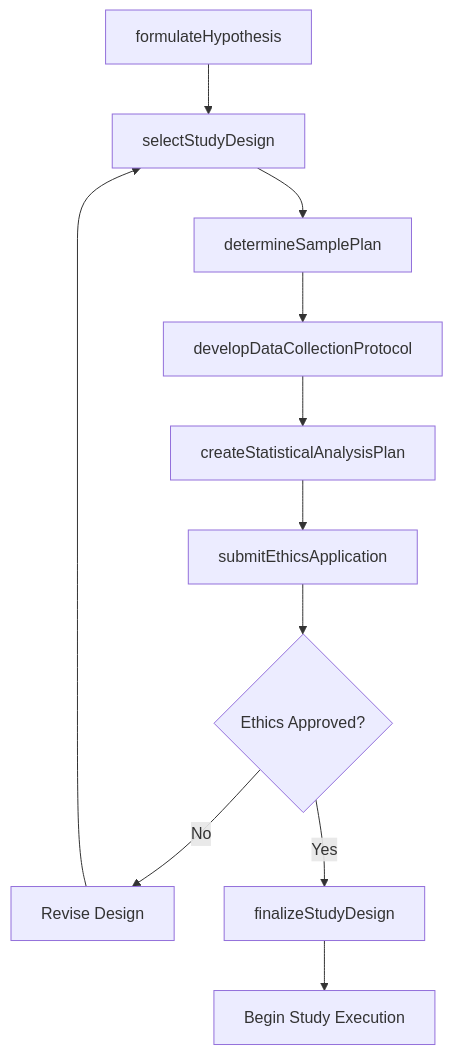
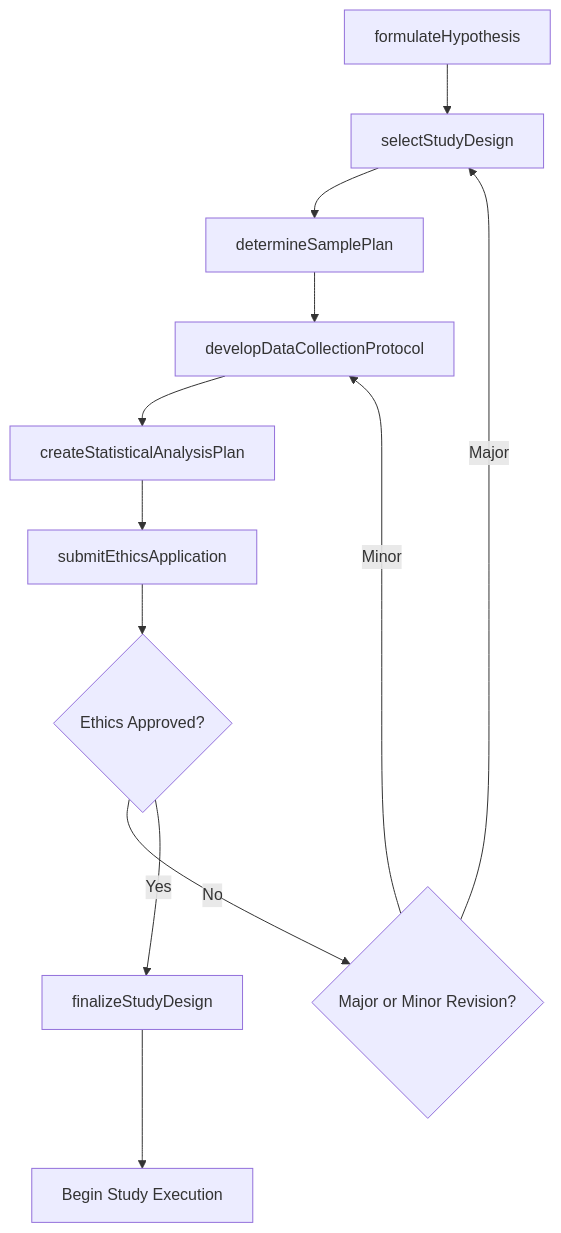
The third of 4 diagrams in ThinkingCreatively/DevelopResearchPlansOrMethodologies/DesignResearchStudiesObtainScientific.mdx (dot-org-ai/tasks.org.ai), drawn with Mermaid before and after one commit. The commit also changed other lines of this file and 504 other files, not shown here.

First line of the commit message:
feat: Add ER diagrams, state diagrams, and workflow improvements to 96 DWA task files

````diff
--- a/ThinkingCreatively/DevelopResearchPlansOrMethodologies/DesignResearchStudiesObtainScientific.mdx
+++ b/ThinkingCreatively/DevelopResearchPlansOrMethodologies/DesignResearchStudiesObtainScientific.mdx
@@ -88,13 +117,14 @@
 ```mermaid
 graph TD
     A[formulateHypothesis] --> B[selectStudyDesign]
     B --> C[determineSamplePlan]
     C --> D[developDataCollectionProtocol]
     D --> E[createStatisticalAnalysisPlan]
     E --> F[submitEthicsApplication]
     F --> G{Ethics Approved?}
-    G -->|No| H[Revise Design]
-    H --> B
+    G -->|No| H{Major or Minor Revision?}
+    H -->|Major| B
+    H -->|Minor| D
     G -->|Yes| I[finalizeStudyDesign]
     I --> J[Begin Study Execution]
 ```
````
